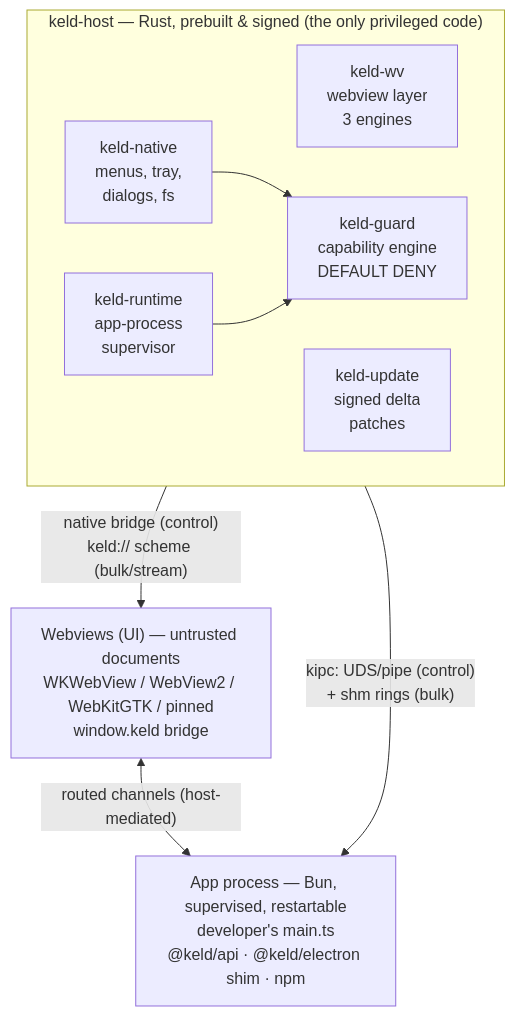
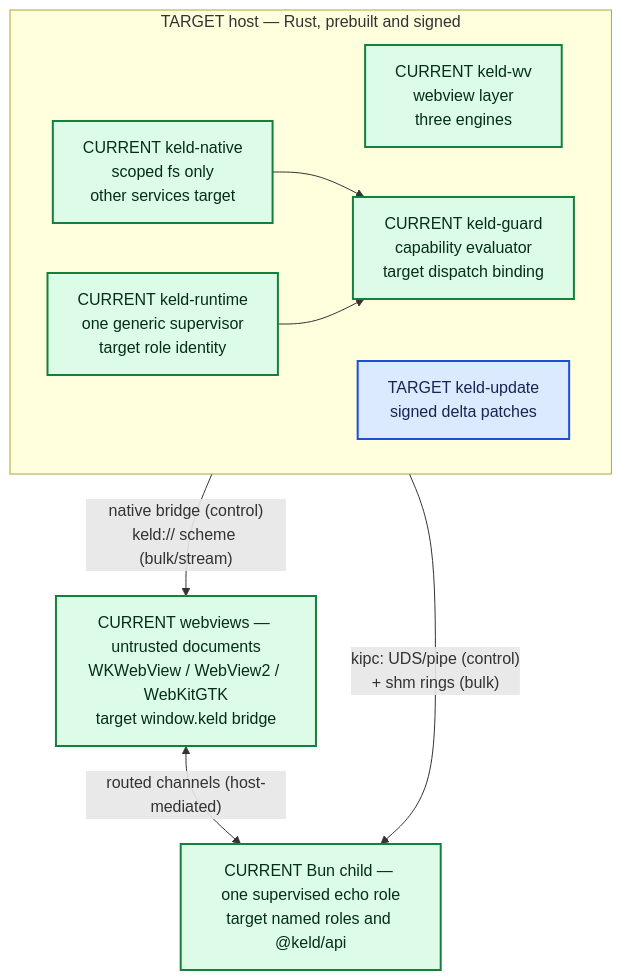
One commit to gyldlab/keld changed the diagram in docs/onboarding/01-project-summary.md. Above: the diagram before and after it, drawn with Mermaid. The commit also changed 14 other files, not shown here.

````diff
--- a/docs/onboarding/01-project-summary.md
+++ b/docs/onboarding/01-project-summary.md
@@ -92,20 +92,36 @@
 ```mermaid
 flowchart TB
-    subgraph host["keld-host — Rust, prebuilt & signed (the only privileged code)"]
+    accTitle: Keld host, webview, and Bun trust topology
+    accDescr {
+      The host is the privileged authority process. Untrusted webviews and the Bun app
+      process communicate only through host-mediated bridges; the diagram is an
+      onboarding summary of architecture 01, whose live-versus-target status controls.
+    }
+
+    subgraph host["TARGET host — Rust, prebuilt and signed"]
         direction LR
-        wv["keld-wv<br/>webview layer<br/>3 engines"]
-        native["keld-native<br/>menus, tray,<br/>dialogs, fs"]
-        guard["keld-guard<br/>capability engine<br/>DEFAULT DENY"]
-        runtime["keld-runtime<br/>app-process<br/>supervisor"]
-        update["keld-update<br/>signed delta<br/>patches"]
+        wv["CURRENT keld-wv<br/>webview layer<br/>three engines"]
+        native["CURRENT keld-native<br/>scoped fs only<br/>other services target"]
+        guard["CURRENT keld-guard<br/>capability evaluator<br/>target dispatch binding"]
+        runtime["CURRENT keld-runtime<br/>one generic supervisor<br/>target role identity"]
+        update["TARGET keld-update<br/>signed delta patches"]
         native --> guard
         runtime --> guard
     end
 
-    ui["Webviews (UI) — untrusted documents<br/>WKWebView / WebView2 / WebKitGTK / pinned<br/>window.keld bridge"]
-    app["App process — Bun, supervised, restartable<br/>developer's main.ts<br/>@keld/api · @keld/electron shim · npm"]
+    ui["CURRENT webviews — untrusted documents<br/>WKWebView / WebView2 / WebKitGTK<br/>target window.keld bridge"]
+    app["CURRENT Bun child — one supervised echo role<br/>target named roles and @keld/api"]
 
     host -- "native bridge (control)<br/>keld:// scheme (bulk/stream)" --> ui
     host -- "kipc: UDS/pipe (control)<br/>+ shm rings (bulk)" --> app
     ui <-- "routed channels (host-mediated)" --> app
+
+    classDef current fill:#dcfce7,stroke:#15803d,color:#052e16,stroke-width:2px
+    classDef target fill:#dbeafe,stroke:#1d4ed8,color:#172554,stroke-width:2px
+    classDef showcase fill:#f3e8ff,stroke:#7e22ce,color:#3b0764,stroke-width:2px,stroke-dasharray:5 3
+    classDef gate fill:#fef3c7,stroke:#b45309,color:#451a03,stroke-width:2px
+    classDef external fill:#e2e8f0,stroke:#475569,color:#0f172a,stroke-width:2px
+    classDef denied fill:#fee2e2,stroke:#b91c1c,color:#450a0a,stroke-width:2px
+    class wv,native,guard,runtime,ui,app current
+    class update target
 ```
````
